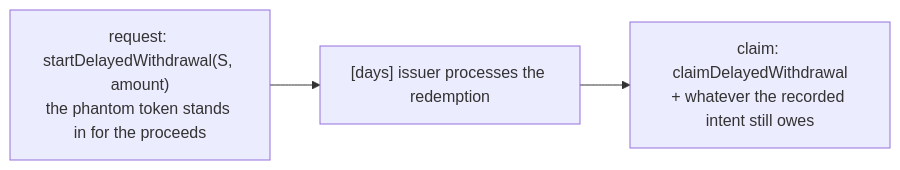
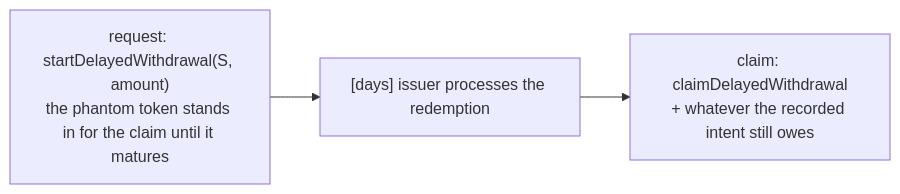
The first of 8 diagrams in docs/intents/delayed.md (Gearbox-protocol/sdk), drawn with Mermaid before and after one commit. The commit also changed other lines of this file and 53 other files, not shown here.

````diff
--- a/docs/intents/delayed.md
+++ b/docs/intents/delayed.md
@@ -23,7 +23,7 @@
 ```mermaid
 flowchart LR
-  a["request: startDelayedWithdrawal(S, amount)<br/>the phantom token stands in for the proceeds"]
+  a["request: startDelayedWithdrawal(S, amount)<br/>the phantom token stands in for the claim until it matures"]
   b["[days] issuer processes the redemption"]
   c["claim: claimDelayedWithdrawal<br/>+ whatever the recorded intent still owes"]
   a --> b --> c
 ```
````
